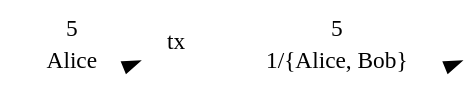
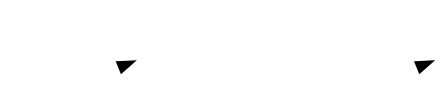
Before and after one commit to decrypto-org/TrustIsRisk: the diagram in presentations/fc17-3-4-2017/figures/AliceBobMultisig.dot, drawn with Graphviz. The commit also changed 9 other files, not shown here.

```diff
--- a/presentations/fc17-3-4-2017/figures/AliceBobMultisig.dot
+++ b/presentations/fc17-3-4-2017/figures/AliceBobMultisig.dot
@@ -1,12 +1,12 @@
 digraph G {
   graph [bgcolor=transparent]
   rankdir=LR
   I1 [style=invisible]
-  I1 -> tx [label="5",labelfontcolor=white,color=white]
-  I1 -> tx [labelloc="b",label="Alice",style=invisible,labelfontcolor=white]
+  I1 -> tx [label="5฿",fontname="ubuntu",color=white,fontcolor=white]
+  I1 -> tx [labelloc="b",fontname="ubuntu",label="Alice",style=invisible,fontcolor=white]
+  tx [color=white,fontname="ubuntu",fontcolor=white]
   I2 [style=invisible]
-  tx [color=white,labelfontcolor=white]
-  tx -> I2 [label="5",labelfontcolor=white,color=white]
-  tx -> I2 [labelloc="b",label="1/\{Alice, Bob\}",style=invisible,labelfontcolor=white]
+  tx -> I2 [label="5฿",fontname="ubuntu",fontcolor=white,color=white]
+  tx -> I2 [labelloc="b",label="1/\{Alice, Bob\}",fontname="ubuntu",style=invisible,fontcolor=white]
   
 }
```
